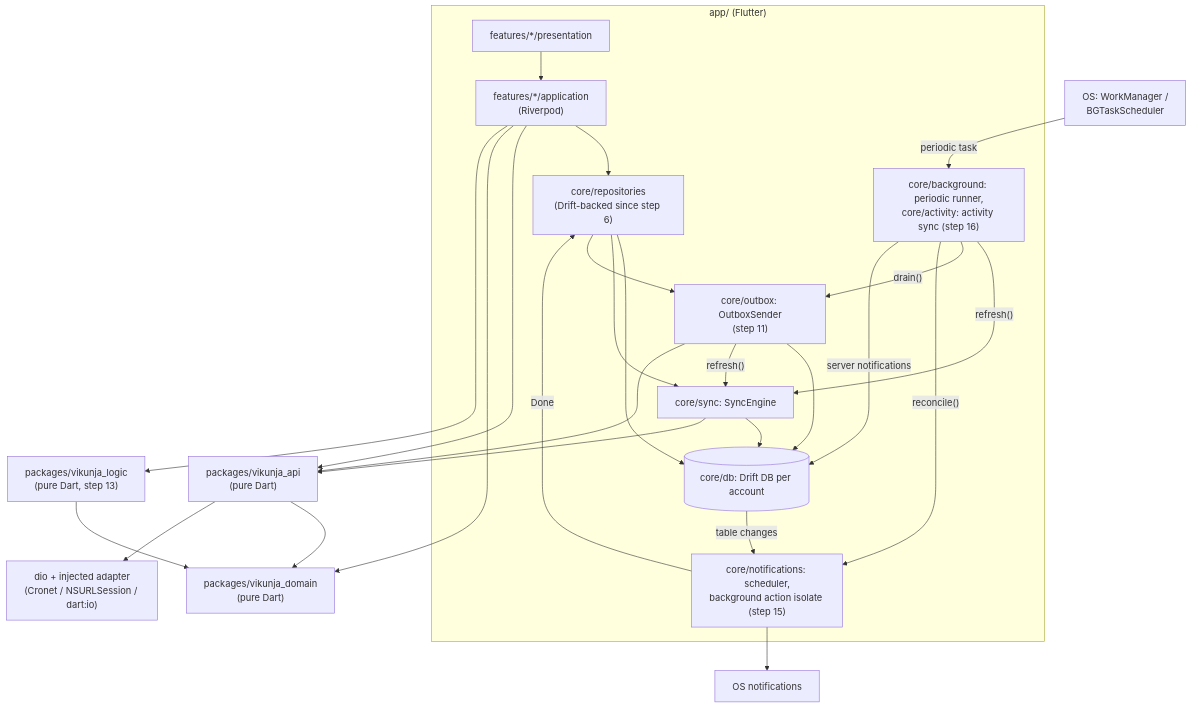
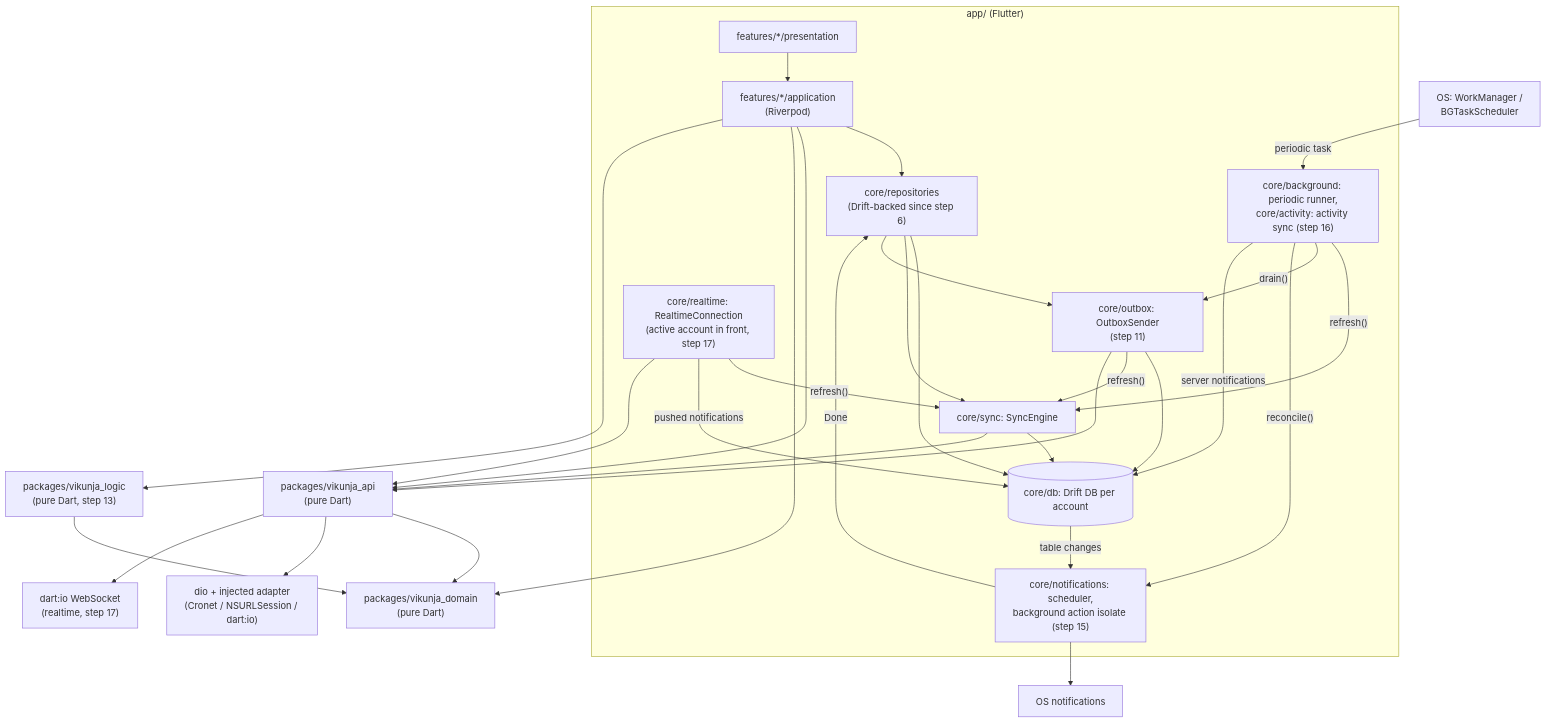
Before and after one commit to coderoftime/vikunja-app-ci-test: the first of 12 diagrams in docs/architecture.md, drawn with Mermaid. The commit also changed other lines of this file and 39 other files, not shown here.

First line of the commit message:
feat: realtime inbox over the server's WebSocket while the app is open

````diff
--- a/docs/architecture.md
+++ b/docs/architecture.md
@@ -49,29 +50,33 @@
 ```mermaid
 flowchart TD
   subgraph APP["app/ (Flutter)"]
     PRES["features/*/presentation"] --> APPL["features/*/application<br/>(Riverpod)"]
     APPL --> REPO["core/repositories<br/>(Drift-backed since step 6)"]
     REPO --> DB[("core/db: Drift DB per account")]
     REPO --> SYNC["core/sync: SyncEngine"]
     SYNC --> DB
     REPO --> OUTBOX["core/outbox: OutboxSender<br/>(step 11)"]
     OUTBOX --> DB
     OUTBOX -- "refresh()" --> SYNC
     DB -- "table changes" --> NOTIF["core/notifications: scheduler,<br/>background action isolate (step 15)"]
     NOTIF -- "Done" --> REPO
     BG["core/background: periodic runner,<br/>core/activity: activity sync (step 16)"] -- "refresh()" --> SYNC
     BG -- "drain()" --> OUTBOX
     BG -- "reconcile()" --> NOTIF
     BG -- "server notifications" --> DB
+    RT["core/realtime: RealtimeConnection<br/>(active account in front, step 17)"] -- "refresh()" --> SYNC
+    RT -- "pushed notifications" --> DB
   end
   OSBG["OS: WorkManager /<br/>BGTaskScheduler"] -- "periodic task" --> BG
+  RT --> API
   NOTIF --> OS["OS notifications"]
   APPL --> API
   SYNC --> API
   OUTBOX --> API
   API["packages/vikunja_api<br/>(pure Dart)"] --> DOM["packages/vikunja_domain<br/>(pure Dart)"]
   APPL --> DOM
   LOGIC["packages/vikunja_logic<br/>(pure Dart, step 13)"] --> DOM
   APPL --> LOGIC
   API --> DIO["dio + injected adapter<br/>(Cronet / NSURLSession / dart:io)"]
+  API --> WS["dart:io WebSocket<br/>(realtime, step 17)"]
 ```
````
